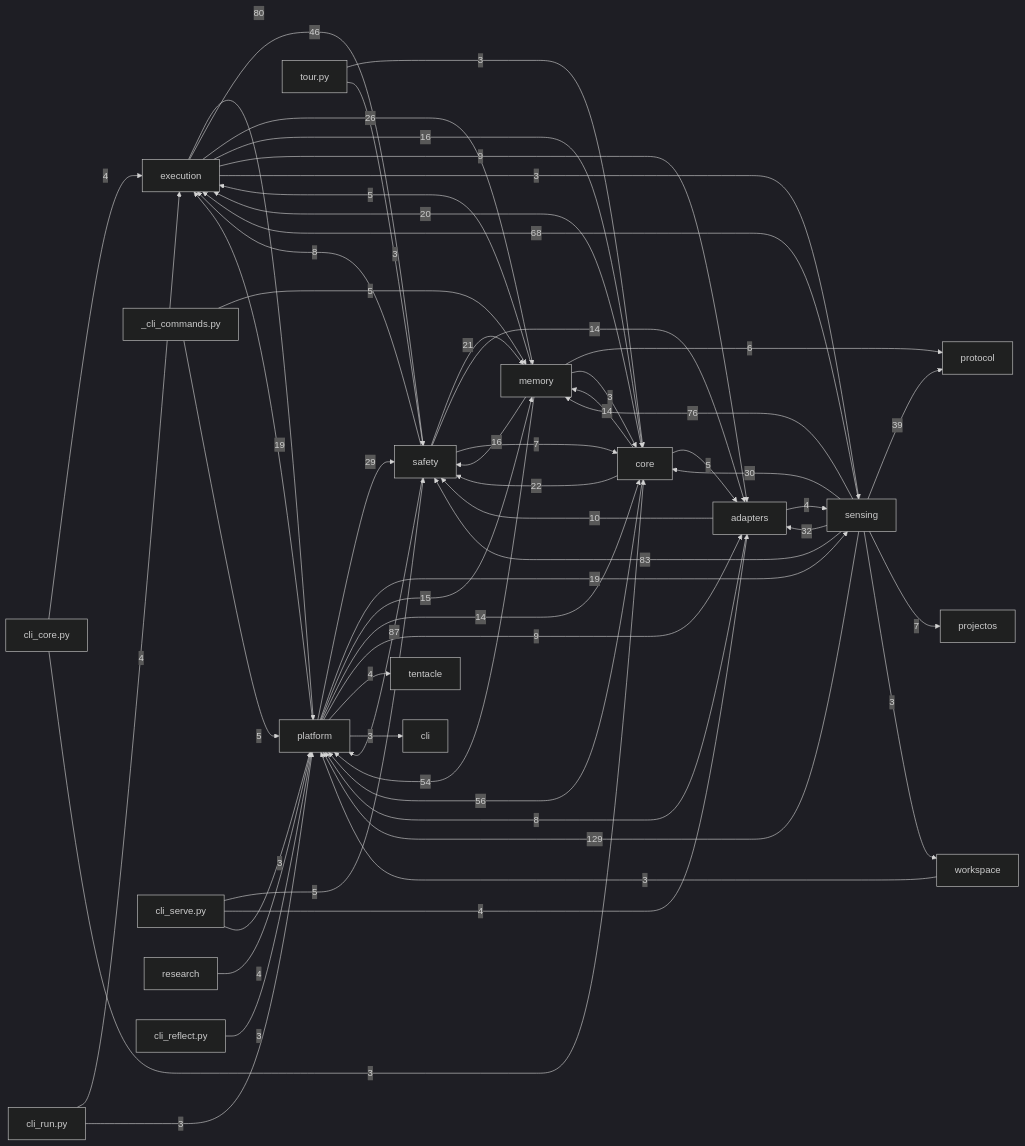
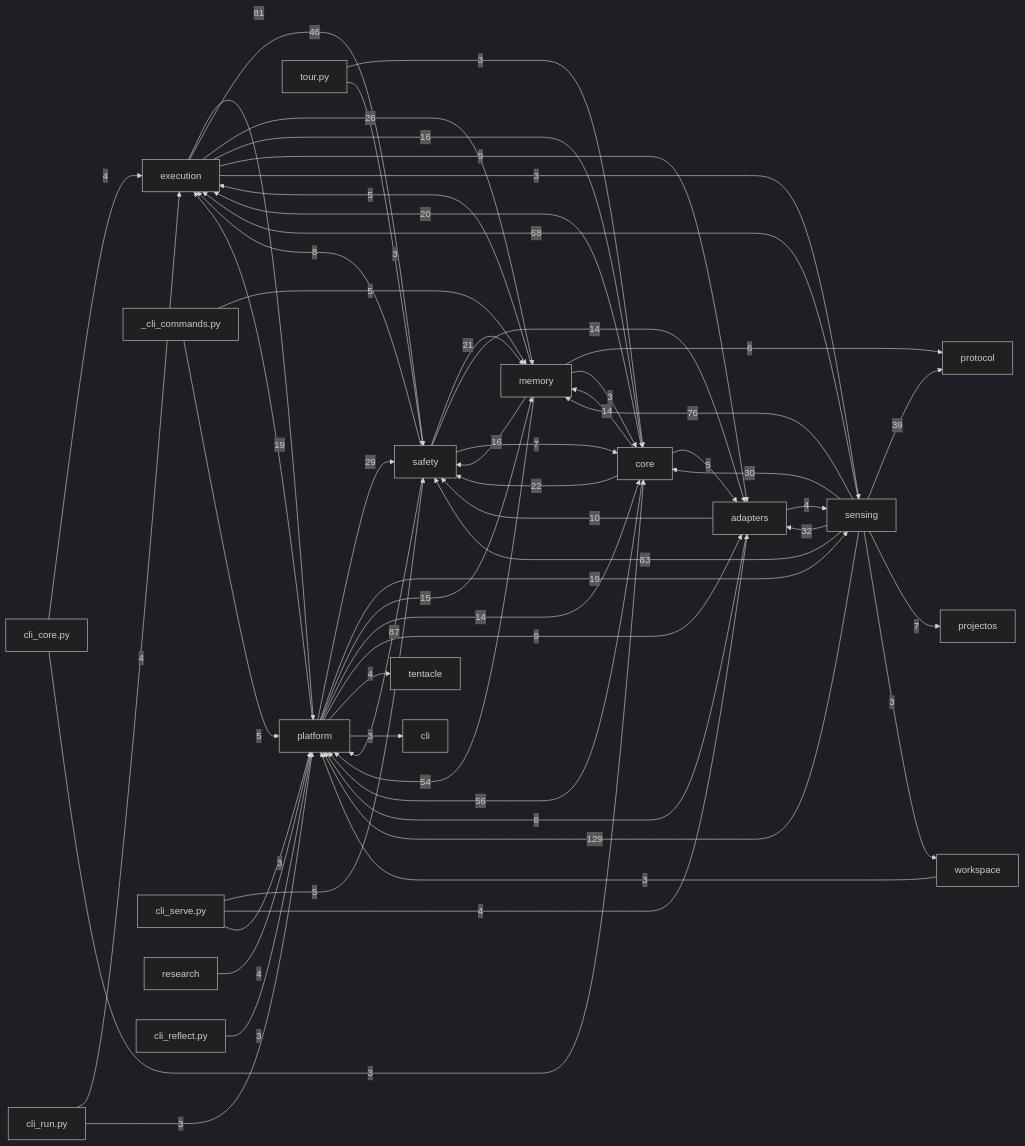
The diagram in docs/auto/20-backend/index.md (dengdenghua/octopus-agent), drawn with Mermaid (dark theme) before and after one commit. The commit also changed 10 other files, not shown here.

````diff
--- a/docs/auto/20-backend/index.md
+++ b/docs/auto/20-backend/index.md
@@ -26,65 +26,65 @@
 ```mermaid
 graph LR
   execution[execution]
   core[core]
   safety[safety]
   memory[memory]
   sensing[sensing]
   adapters[adapters]
   platform[platform]
   sensing -- 129 --> platform
   safety -- 87 --> platform
   sensing -- 83 --> safety
-  execution -- 80 --> platform
+  execution -- 81 --> platform
   sensing -- 76 --> memory
   sensing -- 68 --> execution
   core -- 56 --> platform
   memory -- 54 --> platform
   execution -- 46 --> safety
   sensing -- 39 --> protocol
   sensing -- 32 --> adapters
   sensing -- 30 --> core
   platform -- 29 --> safety
   execution -- 26 --> memory
   core -- 22 --> safety
   safety -- 21 --> memory
   core -- 20 --> execution
   platform -- 19 --> execution
   platform -- 19 --> sensing
   execution -- 16 --> core
   memory -- 16 --> safety
   platform -- 15 --> memory
   core -- 14 --> memory
   platform -- 14 --> core
   safety -- 14 --> adapters
   adapters -- 10 --> safety
   execution -- 9 --> adapters
   platform -- 9 --> adapters
   adapters -- 8 --> platform
   safety -- 8 --> execution
   safety -- 7 --> core
   sensing -- 7 --> projectos
   memory -- 6 --> protocol
   _cli_commands.py -- 5 --> memory
   _cli_commands.py -- 5 --> platform
   cli_serve.py -- 5 --> safety
   core -- 5 --> adapters
   memory -- 5 --> execution
   adapters -- 4 --> sensing
   cli_core.py -- 4 --> execution
   cli_run.py -- 4 --> execution
   cli_serve.py -- 4 --> adapters
   platform -- 4 --> tentacle
   research -- 4 --> platform
   cli_core.py -- 3 --> core
   cli_reflect.py -- 3 --> platform
   cli_run.py -- 3 --> platform
   cli_serve.py -- 3 --> platform
   execution -- 3 --> sensing
   memory -- 3 --> core
   platform -- 3 --> cli
   sensing -- 3 --> workspace
   tour.py -- 3 --> core
   tour.py -- 3 --> safety
   workspace -- 3 --> platform
 ```
````
